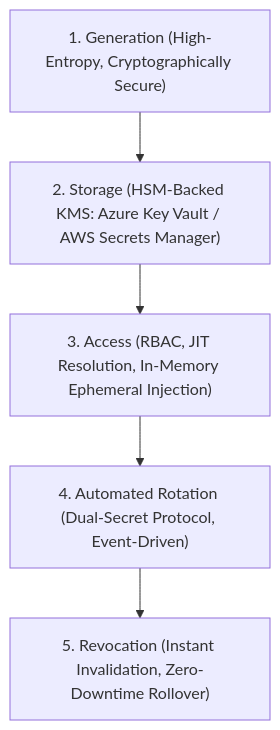
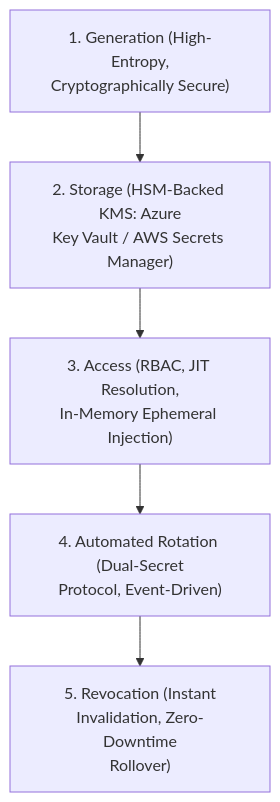
Before and after one commit to santoshjammi29/security-handbook: the first of 3 diagrams in modules/04_secrets_management_and_encryption/README.md, drawn with Mermaid. The commit also changed other lines of this file and 22 other files, not shown here.

Commit message:
fix(diagrams): word-wrap labels and escape comparison operators across all diagrams

````diff
--- a/modules/04_secrets_management_and_encryption/README.md
+++ b/modules/04_secrets_management_and_encryption/README.md
@@ -7,7 +7,7 @@
 ```mermaid
 flowchart TD
-    Gen["1. Generation (High-Entropy, Cryptographically Secure)"] --> Store["2. Storage (HSM-Backed KMS: Azure Key Vault / AWS Secrets Manager)"]
-    Store --> Access["3. Access (RBAC, JIT Resolution, In-Memory Ephemeral Injection)"]
-    Access --> Rotate["4. Automated Rotation (Dual-Secret Protocol, Event-Driven)"]
-    Rotate --> Revoke["5. Revocation (Instant Invalidation, Zero-Downtime Rollover)"]
+    Gen["1. Generation (High-Entropy,<br/>Cryptographically Secure)"] --> Store["2. Storage (HSM-Backed KMS: Azure<br/>Key Vault / AWS Secrets Manager)"]
+    Store --> Access["3. Access (RBAC, JIT Resolution,<br/>In-Memory Ephemeral Injection)"]
+    Access --> Rotate["4. Automated Rotation (Dual-Secret<br/>Protocol, Event-Driven)"]
+    Rotate --> Revoke["5. Revocation (Instant<br/>Invalidation, Zero-Downtime<br/>Rollover)"]
 ```
````
